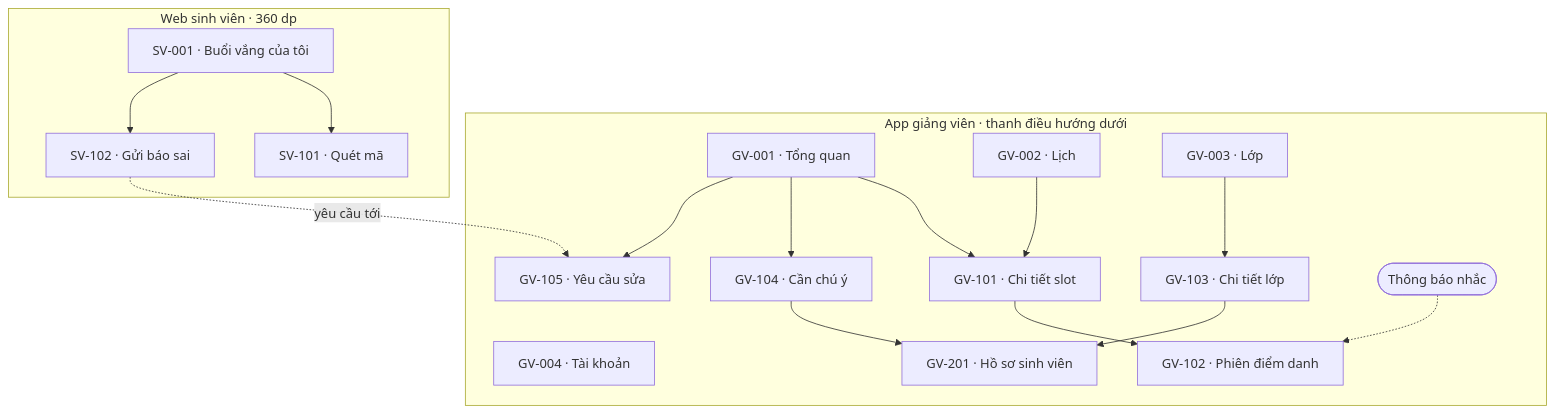
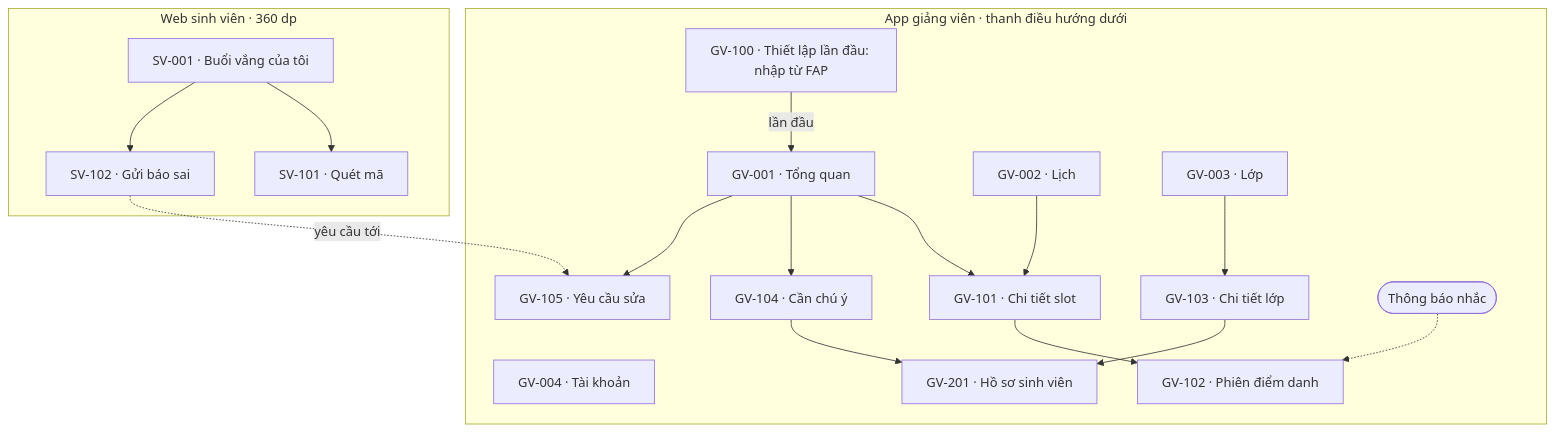
One commit to thiengthb/prm323-lab2-SE190533 changed the first of 5 diagrams in ux/user-flow.md. Above: the diagram before and after it, drawn with Mermaid. The commit also changed other lines of this file and 6 other files, not shown here.

First line of the commit message:
GĐ 2–3: thêm 2 phỏng vấn sinh viên, persona P-03, bước nhập lớp từ FAP

````diff
--- a/ux/user-flow.md
+++ b/ux/user-flow.md
@@ -19,24 +19,25 @@
 ```mermaid
 flowchart TD
     subgraph GV["App giảng viên · thanh điều hướng dưới"]
         T1["GV-001 · Tổng quan"]
         T2["GV-002 · Lịch"]
         T3["GV-003 · Lớp"]
         T4["GV-004 · Tài khoản"]
         T1 --> S101["GV-101 · Chi tiết slot"]
         T2 --> S101
         S101 --> S102["GV-102 · Phiên điểm danh"]
         T1 --> S104["GV-104 · Cần chú ý"]
         T1 --> S105["GV-105 · Yêu cầu sửa"]
         T3 --> S103["GV-103 · Chi tiết lớp"]
         S104 --> S201["GV-201 · Hồ sơ sinh viên"]
         S103 --> S201
         N(["Thông báo nhắc"]) -.-> S102
+        S100["GV-100 · Thiết lập lần đầu: nhập từ FAP"] -->|"lần đầu"| T1
     end
     subgraph SV["Web sinh viên · 360 dp"]
         W1["SV-001 · Buổi vắng của tôi"]
         W1 --> W2["SV-101 · Quét mã"]
         W1 --> W3["SV-102 · Gửi báo sai"]
     end
     W3 -.->|"yêu cầu tới"| S105
 ```
````
